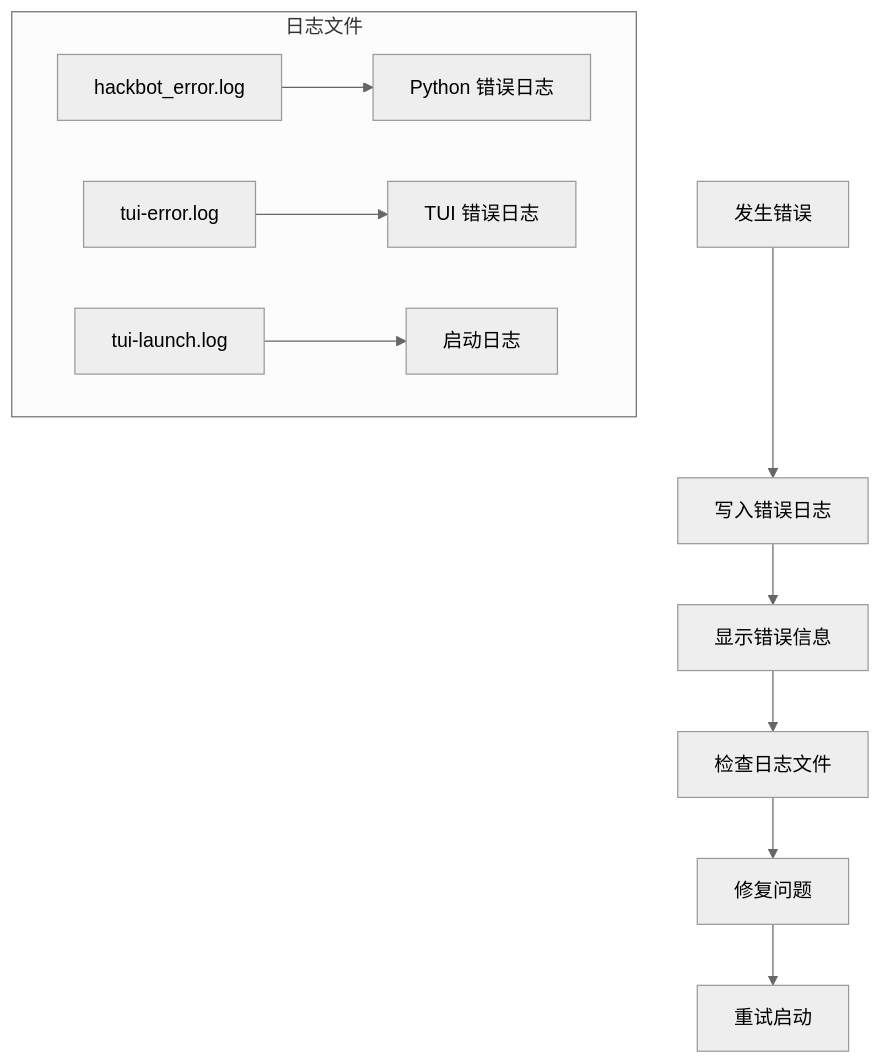
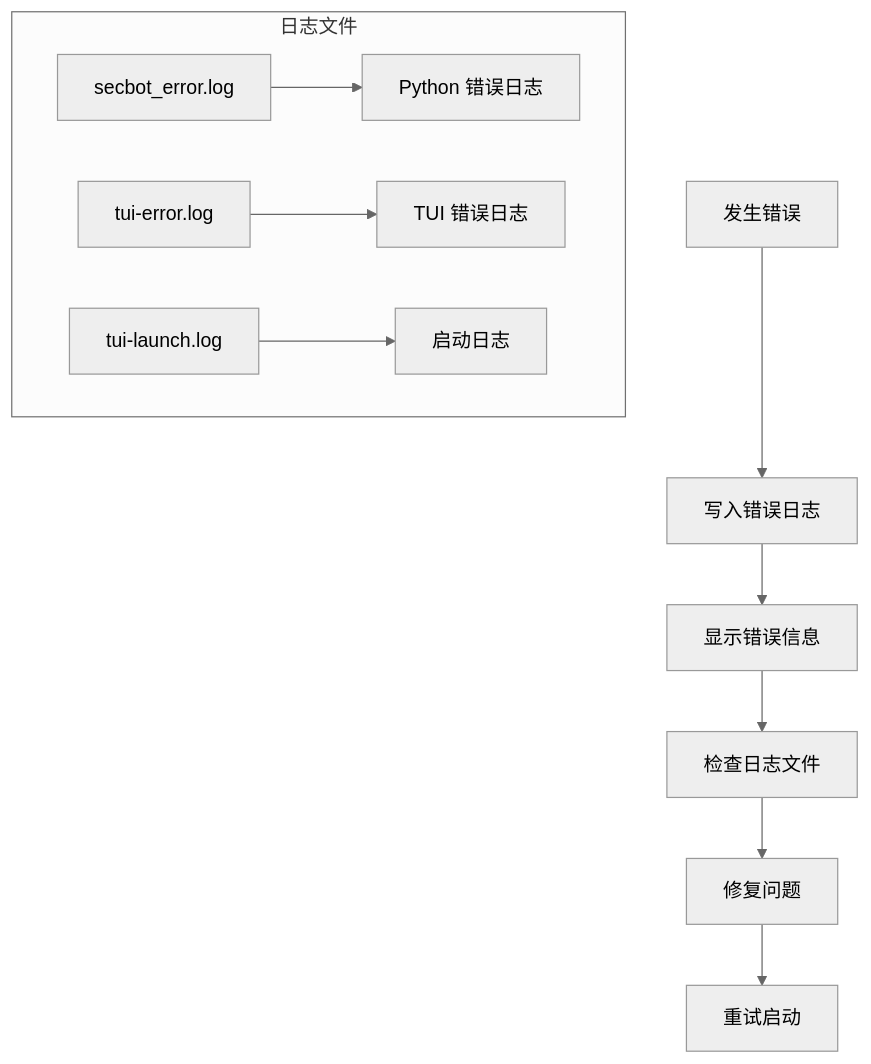
One commit to iammm0/secbot changed the eighth of 8 diagrams in .qoder/repowiki/zh/content/Cli System.md. Above: the diagram before and after it, drawn with Mermaid (neutral theme). The commit also changed other lines of this file and 10 other files, not shown here.

````diff
--- a/.qoder/repowiki/zh/content/Cli System.md
+++ b/.qoder/repowiki/zh/content/Cli System.md
@@ -416,13 +441,13 @@
 ```mermaid
 flowchart TD
 Error[发生错误] --> LogError[写入错误日志]
 LogError --> ShowError[显示错误信息]
 ShowError --> CheckLog[检查日志文件]
 CheckLog --> FixIssue[修复问题]
 FixIssue --> Retry[重试启动]
 subgraph "日志文件"
-A[hackbot_error.log] --> B[Python 错误日志]
+A[secbot_error.log] --> B[Python 错误日志]
 C[tui-error.log] --> D[TUI 错误日志]
 E[tui-launch.log] --> F[启动日志]
 end
 ```
````
